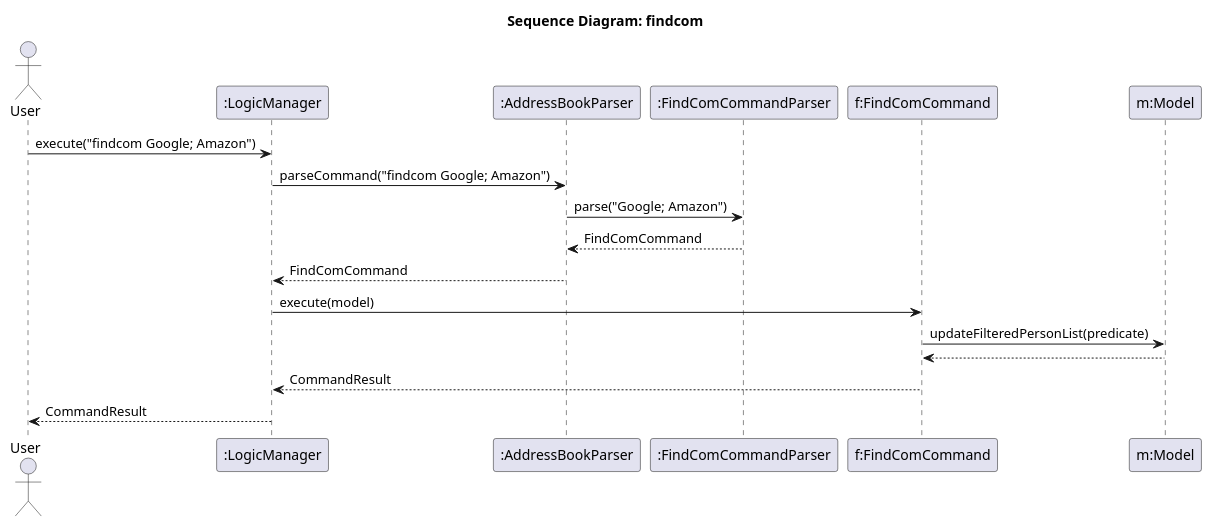
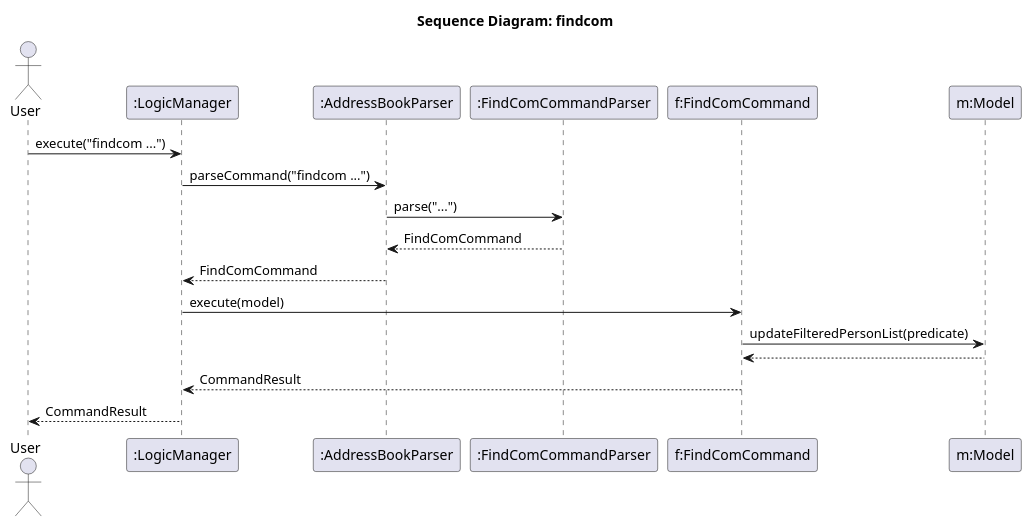
One commit to savagexr3/tp changed the diagram in docs/diagrams/company/FindComSequenceDiagram.puml. Above: the diagram before and after it, drawn with PlantUML. The commit also changed 2 other files, not shown here.

Commit message:
Fix condition diamond in Activity Diagram

```diff
--- a/docs/diagrams/company/FindComSequenceDiagram.puml
+++ b/docs/diagrams/company/FindComSequenceDiagram.puml
@@ -1,23 +1,23 @@
 @startuml
 title Sequence Diagram: findcom
 
 actor User
 participant ":LogicManager" as Logic
 participant ":AddressBookParser" as ABParser
 participant ":FindComCommandParser" as Parser
 participant "f:FindComCommand" as Command
 participant "m:Model" as Model
 
-User -> Logic : execute("findcom Google; Amazon")
-Logic -> ABParser : parseCommand("findcom Google; Amazon")
-ABParser -> Parser : parse("Google; Amazon")
+User -> Logic : execute("findcom ...")
+Logic -> ABParser : parseCommand("findcom ...")
+ABParser -> Parser : parse("...")
 Parser --> ABParser : FindComCommand
 ABParser --> Logic : FindComCommand
 
 Logic -> Command : execute(model)
 Command -> Model : updateFilteredPersonList(predicate)
 Model --> Command
 Command --> Logic : CommandResult
 Logic --> User : CommandResult
 
 @enduml
```
